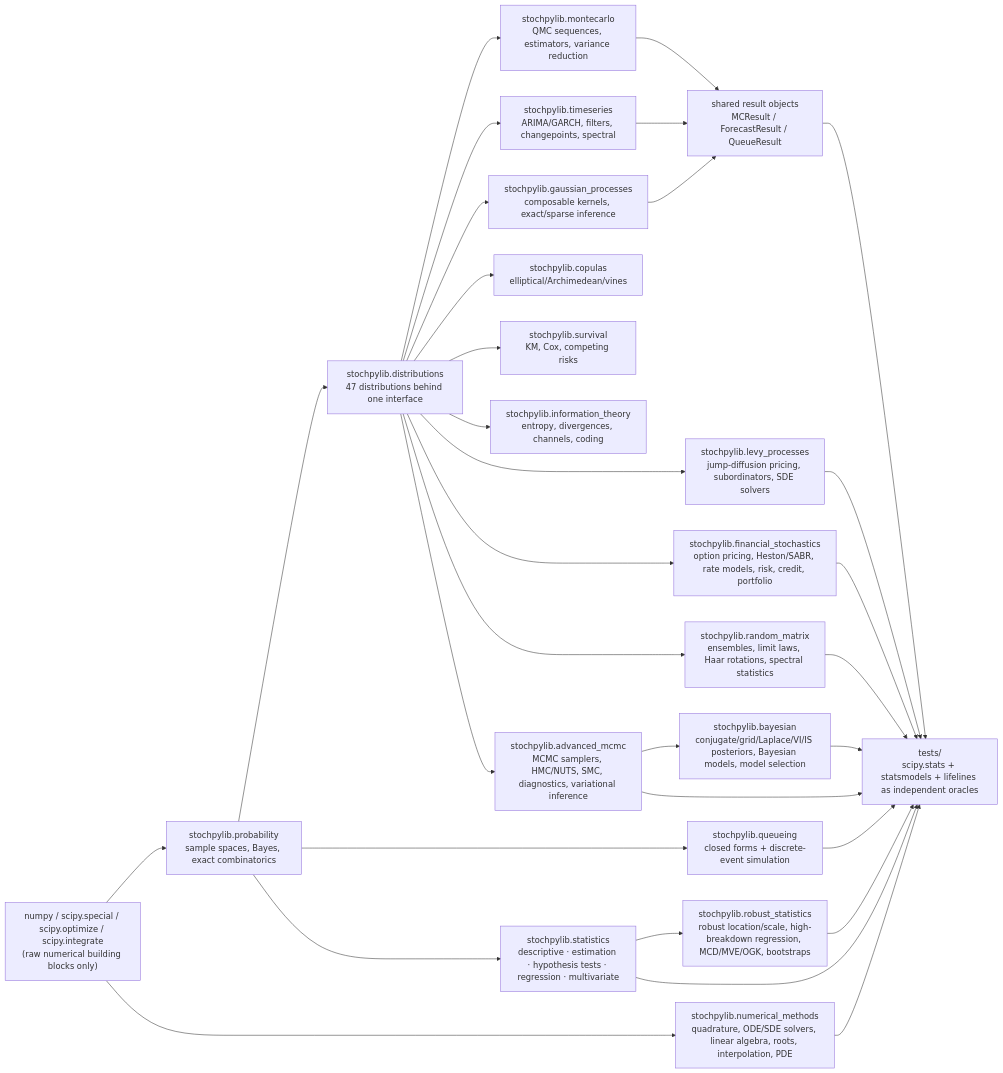
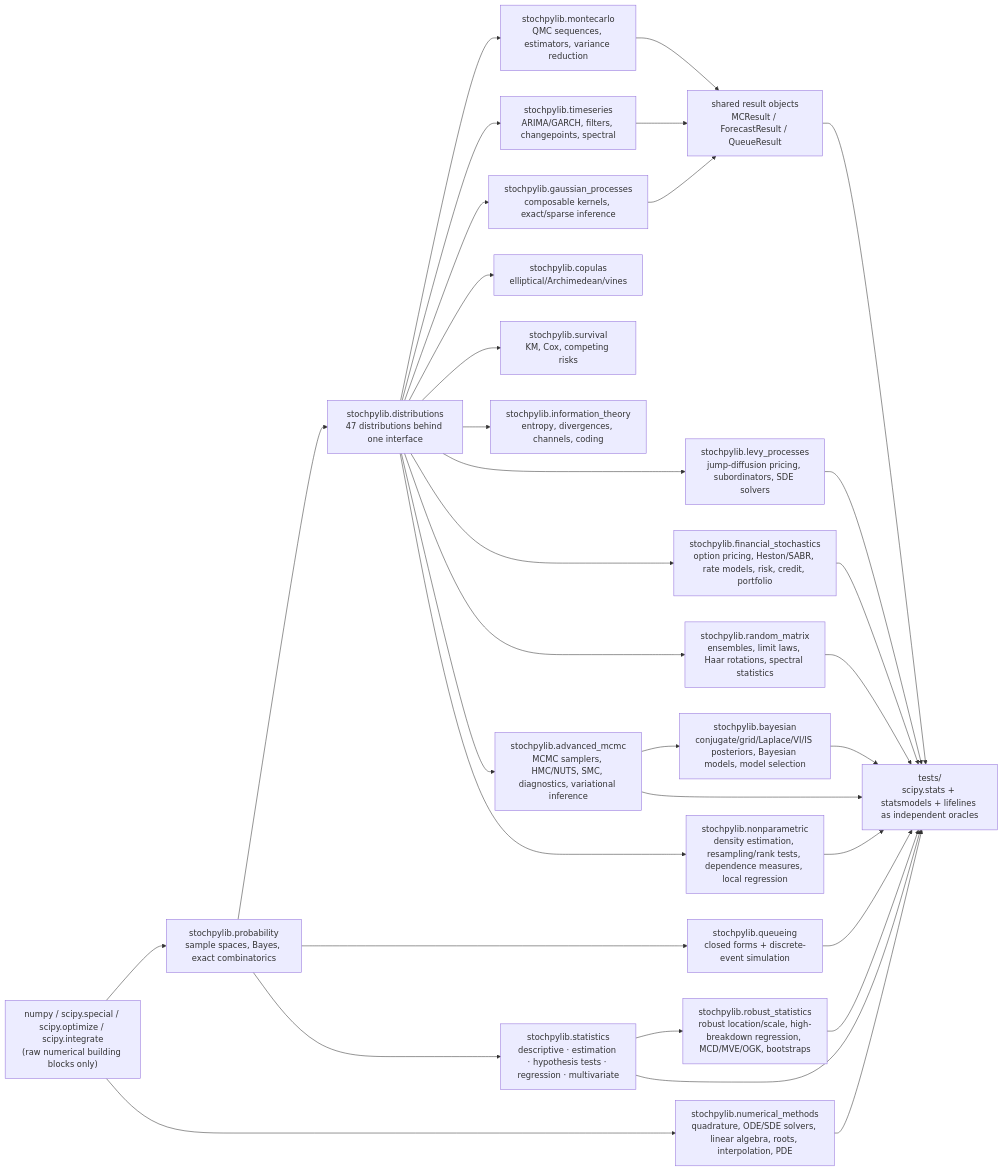
The first of 2 diagrams in README.md (leon1706-lol/Stochpylib), drawn with Mermaid before and after one commit. The commit also changed other lines of this file and 33 other files, not shown here.

````diff
--- a/README.md
+++ b/README.md
@@ -250,33 +262,35 @@
 ```mermaid
 flowchart LR
     A["numpy / scipy.special / scipy.optimize / scipy.integrate<br/>(raw numerical building blocks only)"] --> B["stochpylib.probability<br/>sample spaces, Bayes, exact combinatorics"]
     B --> C["stochpylib.distributions<br/>47 distributions behind one interface"]
     C --> D["stochpylib.montecarlo<br/>QMC sequences, estimators, variance reduction"]
     C --> E["stochpylib.timeseries<br/>ARIMA/GARCH, filters, changepoints, spectral"]
     C --> F["stochpylib.gaussian_processes<br/>composable kernels, exact/sparse inference"]
     C --> G["stochpylib.copulas<br/>elliptical/Archimedean/vines"]
     C --> H["stochpylib.survival<br/>KM, Cox, competing risks"]
     B --> I["stochpylib.queueing<br/>closed forms + discrete-event simulation"]
     C --> J["stochpylib.information_theory<br/>entropy, divergences, channels, coding"]
     C --> M["stochpylib.levy_processes<br/>jump-diffusion pricing, subordinators, SDE solvers"]
     C --> N["stochpylib.financial_stochastics<br/>option pricing, Heston/SABR, rate models, risk, credit, portfolio"]
     B --> O["stochpylib.statistics<br/>descriptive · estimation · hypothesis tests · regression · multivariate"]
     C --> P["stochpylib.random_matrix<br/>ensembles, limit laws, Haar rotations, spectral statistics"]
     C --> Q["stochpylib.advanced_mcmc<br/>MCMC samplers, HMC/NUTS, SMC, diagnostics, variational inference"]
     A --> R["stochpylib.numerical_methods<br/>quadrature, ODE/SDE solvers, linear algebra, roots, interpolation, PDE"]
     Q --> S["stochpylib.bayesian<br/>conjugate/grid/Laplace/VI/IS posteriors, Bayesian models, model selection"]
     O --> T["stochpylib.robust_statistics<br/>robust location/scale, high-breakdown regression, MCD/MVE/OGK, bootstraps"]
+    C --> U["stochpylib.nonparametric<br/>density estimation, resampling/rank tests, dependence measures, local regression"]
     D --> K["shared result objects<br/>MCResult / ForecastResult / QueueResult"]
     E --> K
     F --> K
     K --> L["tests/<br/>scipy.stats + statsmodels + lifelines as independent oracles"]
     I --> L
     M --> L
     N --> L
     O --> L
     P --> L
     Q --> L
     R --> L
     S --> L
     T --> L
+    U --> L
 ```
````
